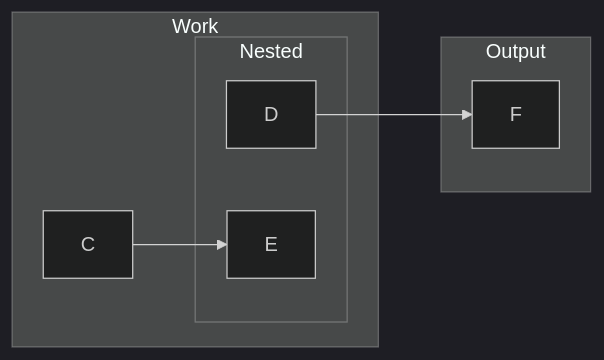
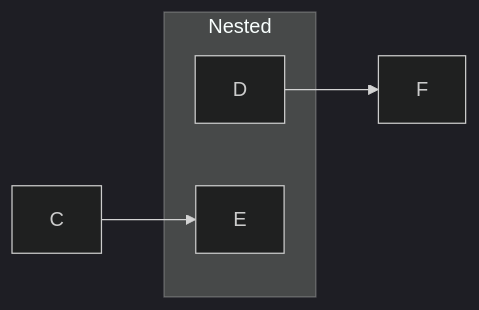
Before and after one commit to mermaid-js/mermaid: the diagram in e2e/diagrams/grid/24-nested-groups-edges-into-inner-group-and-out.mmd, drawn with Mermaid (dark theme).

Commit message:
simplify diagram

```diff
--- a/e2e/diagrams/grid/24-nested-groups-edges-into-inner-group-and-out.mmd
+++ b/e2e/diagrams/grid/24-nested-groups-edges-into-inner-group-and-out.mmd
@@ -1,30 +1,25 @@
 ---
 config:
   layout: grid
   grid:
     placements:
       Work: { row: 1, column: 2 }
       Output: { row: 1, column: 3 }
       C: { row: 1, column: 1 }
       Nested: { row: 2, column: 1 }
       D: { row: 1, column: 1 }
       E: { row: 2, column: 1 }
-      F: { row: 1, column: 1 }
+      F: { row: 2, column: 2 }
     rowGap: 45
     columnGap: 70
 ---
 flowchart LR
-  subgraph Work
     C
     subgraph Nested
       D
       E
     end
-  end
-
-  subgraph Output
     F
-  end
 
   C --> E
   D --> F
```
